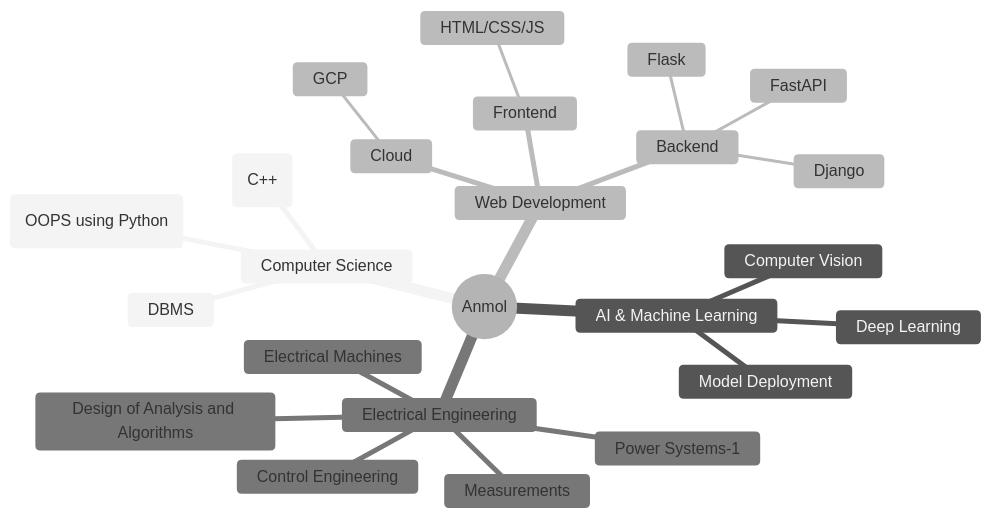
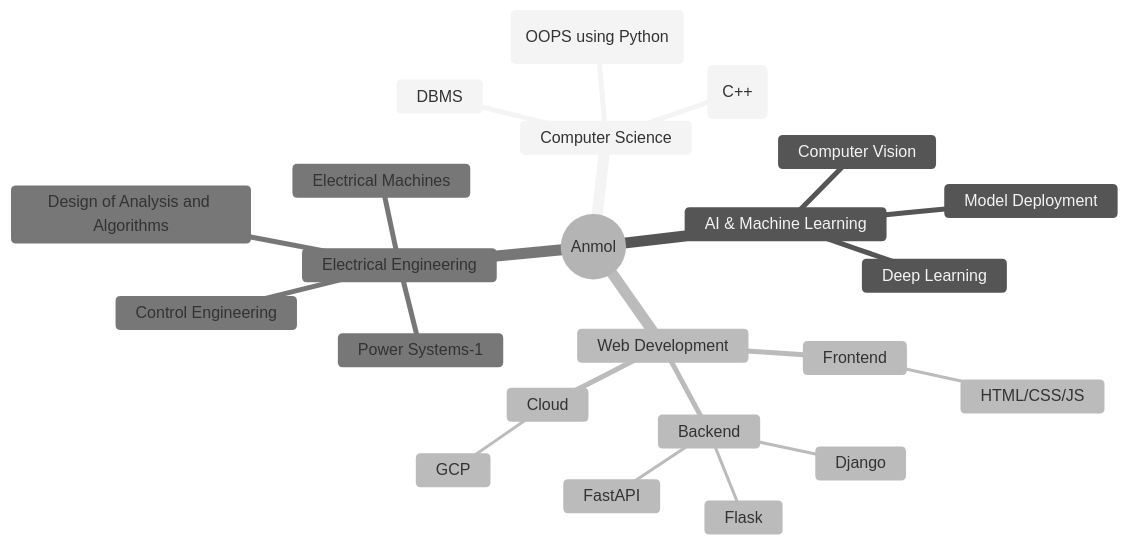
One commit to Anmol-Shukla-20/Anmol-Shukla-20 changed the diagram in README.md. Above: the diagram before and after it, drawn with Mermaid (neutral theme).

````diff
--- a/README.md
+++ b/README.md
@@ -302,27 +302,26 @@
 ```mermaid
 mindmap
   root((Anmol))
     Computer Science
       Data Structures & Algorithms (C++)
       Object-Oriented Programming(OOPS using Python)
       DBMS
     AI & Machine Learning
       Deep Learning
       Computer Vision
       Model Deployment
     Web Development
       Frontend
         HTML/CSS/JS
       Backend
         Django
         FastAPI
         Flask
       Cloud
         GCP
     Electrical Engineering
       Power Systems-1
       Electrical Machines
       Design of Analysis and Algorithms
-      Measurements
       Control Engineering
 ```
````
